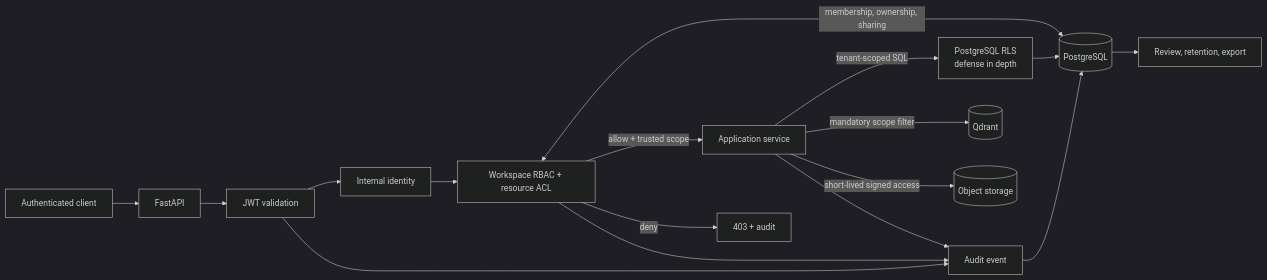
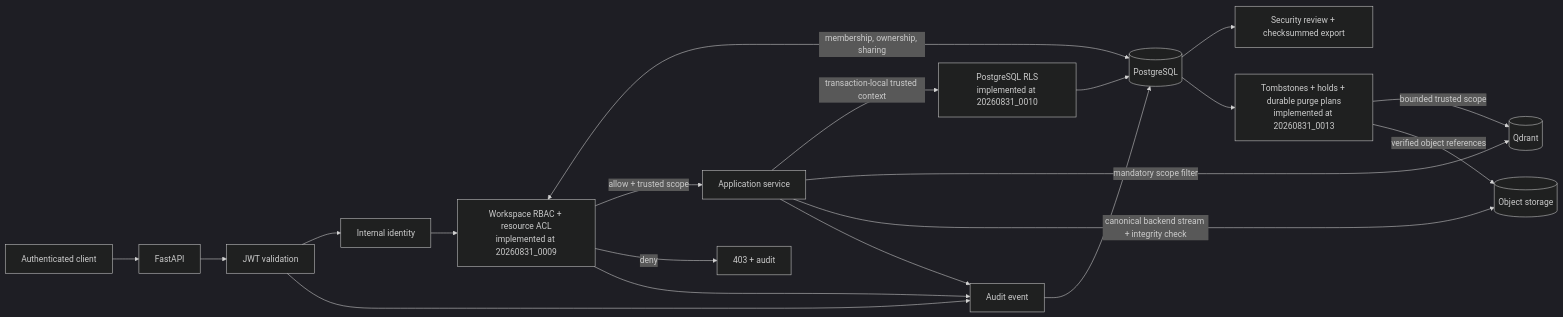
One commit to mvyas412/ai-projects changed the sixth of 11 diagrams in mm-rag-full-stack-genai-bootcamp-3.0/docs/architecture/ARCHITECTURE.md. Above: the diagram before and after it, drawn with Mermaid (dark theme). The commit also changed other lines of this file and 85 other files, not shown here.

````diff
--- a/mm-rag-full-stack-genai-bootcamp-3.0/docs/architecture/ARCHITECTURE.md
+++ b/mm-rag-full-stack-genai-bootcamp-3.0/docs/architecture/ARCHITECTURE.md
@@ -297,19 +306,22 @@
 ```mermaid
 flowchart LR
     client["Authenticated client"] --> api["FastAPI"]
     api --> jwt["JWT validation"]
     jwt --> identity["Internal identity"]
-    identity --> policy["Workspace RBAC + resource ACL"]
+    identity --> policy["Workspace RBAC + resource ACL<br/>implemented at 20260831_0009"]
     policy <-->|"membership, ownership, sharing"| pg[("PostgreSQL")]
     policy -->|"allow + trusted scope"| service["Application service"]
     policy -->|"deny"| denied["403 + audit"]
-    service -->|"tenant-scoped SQL"| rls["PostgreSQL RLS<br/>defense in depth"]
+    service -->|"transaction-local trusted context"| rls["PostgreSQL RLS<br/>implemented at 20260831_0010"]
     rls --> pg
     service -->|"mandatory scope filter"| qdrant[("Qdrant")]
-    service -->|"short-lived signed access"| objects[("Object storage")]
+    service -->|"canonical backend stream + integrity check"| objects[("Object storage")]
     jwt --> audit["Audit event"]
     policy --> audit
     service --> audit
     audit --> pg
-    pg --> compliance["Review, retention, export"]
+    pg --> compliance["Security review + checksummed export"]
+    pg --> lifecycle["Tombstones + holds + durable purge plans<br/>implemented at 20260831_0013"]
+    lifecycle -->|"bounded trusted scope"| qdrant
+    lifecycle -->|"verified object references"| objects
 ```
````
